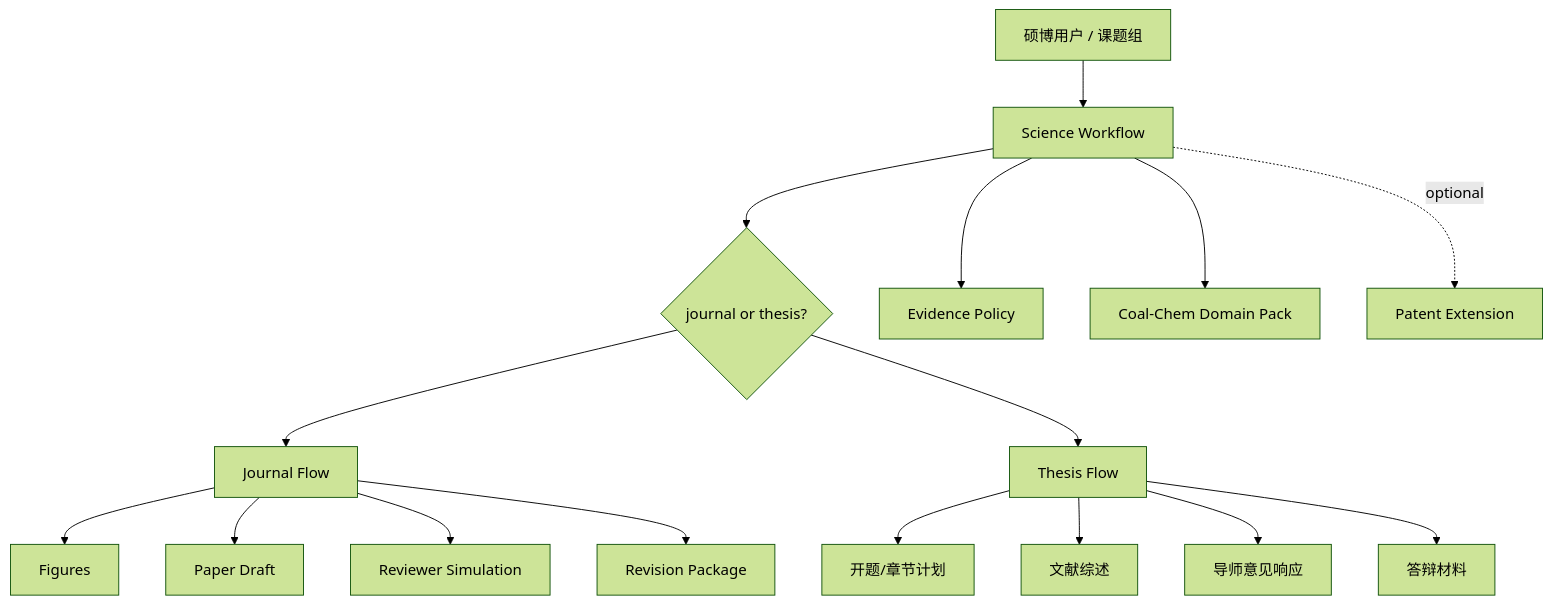
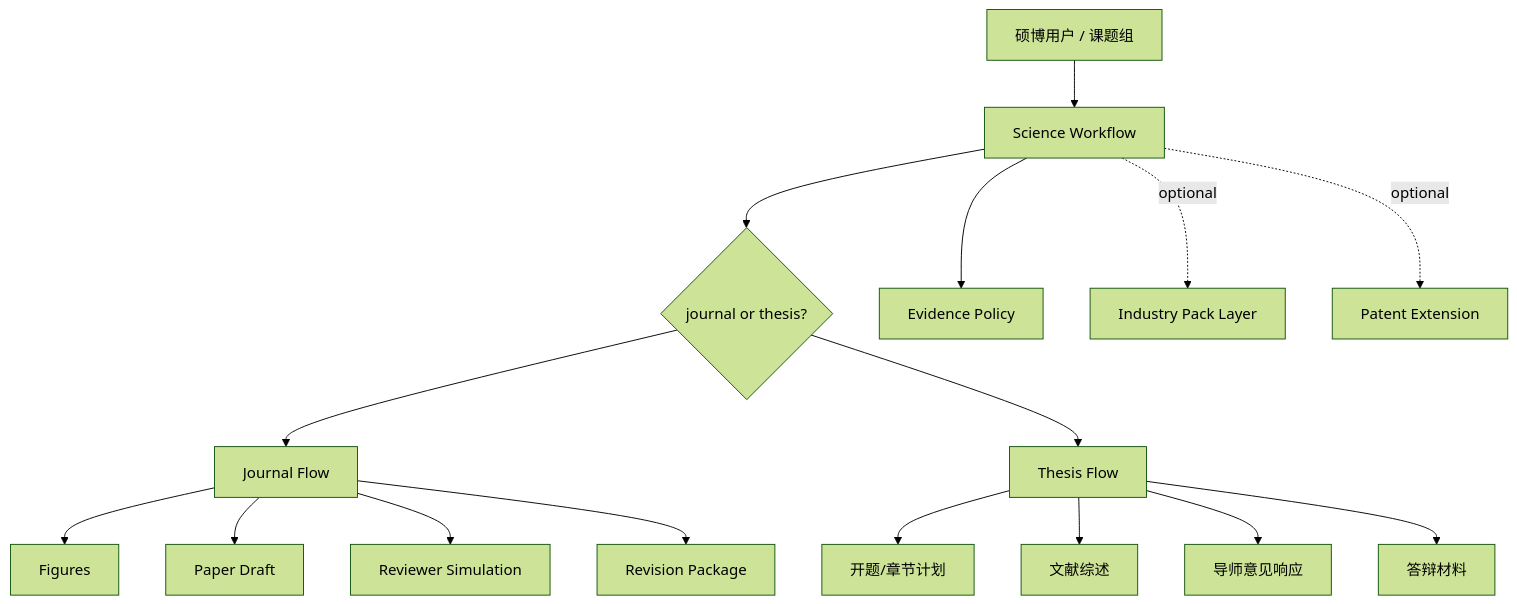
One commit to NexByte01/AI-Flows changed the diagram in projects/paper-patent-assistant/docs/ARCHITECTURE.md. Above: the diagram before and after it, drawn with Mermaid (forest theme). The commit also changed other lines of this file and 8 other files, not shown here.

````diff
--- a/projects/paper-patent-assistant/docs/ARCHITECTURE.md
+++ b/projects/paper-patent-assistant/docs/ARCHITECTURE.md
@@ -23,18 +23,18 @@
 ```mermaid
 graph TD
     User["硕博用户 / 课题组"] --> Science["Science Workflow"]
     Science --> Intent{"journal or thesis?"}
     Intent --> Journal["Journal Flow"]
     Intent --> Thesis["Thesis Flow"]
     Science --> Evidence["Evidence Policy"]
-    Science --> Domain["Coal-Chem Domain Pack"]
+    Science -. optional .-> Domain["Industry Pack Layer"]
     Journal --> Figures["Figures"]
     Journal --> Draft["Paper Draft"]
     Journal --> Review["Reviewer Simulation"]
     Journal --> Revision["Revision Package"]
     Thesis --> Proposal["开题/章节计划"]
     Thesis --> Literature["文献综述"]
     Thesis --> Advisor["导师意见响应"]
     Thesis --> Defense["答辩材料"]
     Science -. optional .-> Patent["Patent Extension"]
 ```
````
